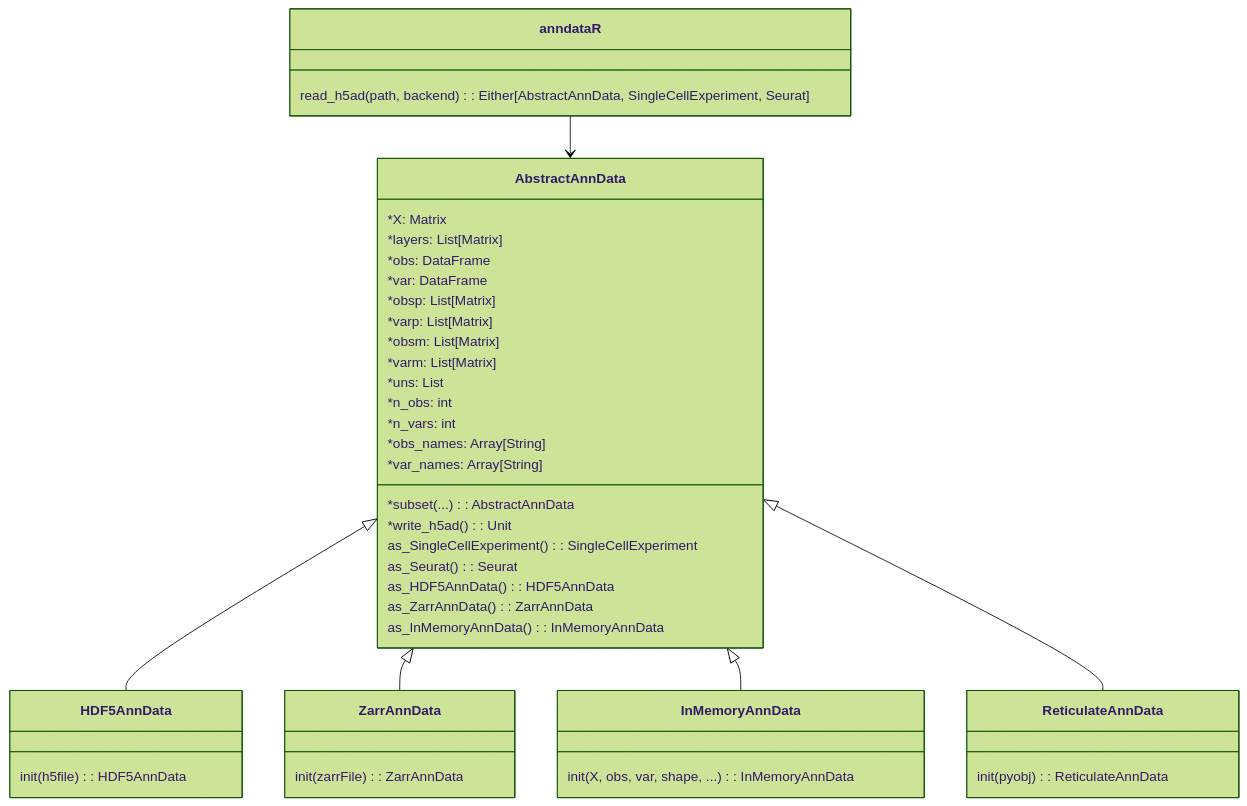
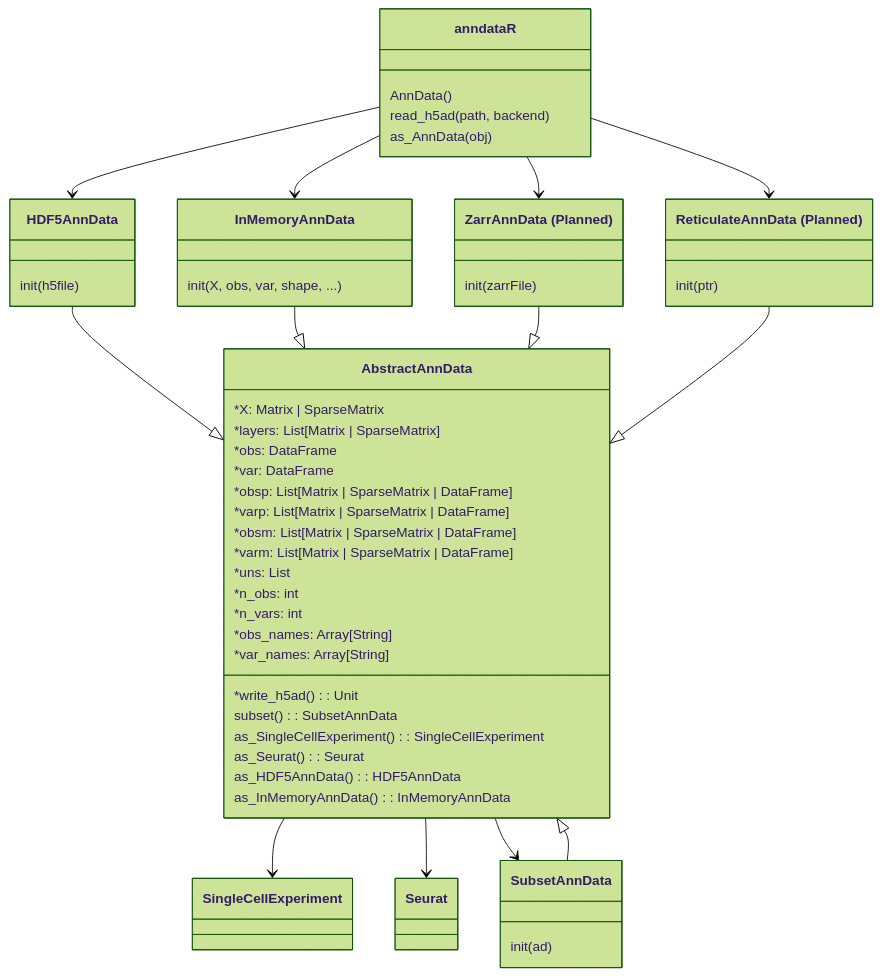
The diagram in vignettes/diagrams/class_diagram.mmd (scverse/anndataR), drawn with Mermaid (forest theme) before and after one commit. The commit also changed 4 other files, not shown here.

First line of the commit message:
Update and rerender the chart (#280)

```diff
--- a/vignettes/diagrams/class_diagram.mmd
+++ b/vignettes/diagrams/class_diagram.mmd
@@ -1,51 +1,68 @@
 
 classDiagram
+
+  class anndataR {
+    AnnData()
+    read_h5ad(path, backend)
+    as_AnnData(obj)
+  }
+
+  class InMemoryAnnData {
+    init(X, obs, var, shape, ...)
+  }
+
+  class HDF5AnnData {
+    init(h5file)
+  }
+
+  class ZarrAnnData["ZarrAnnData (Planned)"] {
+    init(zarrFile)
+  }
+  class ReticulateAnnData["ReticulateAnnData (Planned)"] {
+    init(ptr)
+  }
+
+  anndataR --> InMemoryAnnData
+  anndataR --> HDF5AnnData
+  anndataR --> ZarrAnnData
+  anndataR --> ReticulateAnnData
+
+  HDF5AnnData --|> AbstractAnnData
+  InMemoryAnnData --|> AbstractAnnData
+  ZarrAnnData --|> AbstractAnnData
+  ReticulateAnnData --|> AbstractAnnData
+  SubsetAnnData --|> AbstractAnnData
+
+  
+
   class AbstractAnnData {
-    *X: Matrix
-    *layers: List[Matrix]
+    *X: Matrix | SparseMatrix
+    *layers: List[Matrix | SparseMatrix]
     *obs: DataFrame
     *var: DataFrame
-    *obsp: List[Matrix]
-    *varp: List[Matrix]
-    *obsm: List[Matrix]
-    *varm: List[Matrix]
+    *obsp: List[Matrix | SparseMatrix | DataFrame]
+    *varp: List[Matrix | SparseMatrix | DataFrame]
+    *obsm: List[Matrix | SparseMatrix | DataFrame]
+    *varm: List[Matrix | SparseMatrix | DataFrame]
     *uns: List
     *n_obs: int
     *n_vars: int
     *obs_names: Array[String]
     *var_names: Array[String]
-    *subset(...): AbstractAnnData
     *write_h5ad(): Unit
 
+    subset(): SubsetAnnData
     as_SingleCellExperiment(): SingleCellExperiment
     as_Seurat(): Seurat
 
     as_HDF5AnnData(): HDF5AnnData
-    as_ZarrAnnData(): ZarrAnnData
     as_InMemoryAnnData(): InMemoryAnnData
   }
 
-  AbstractAnnData <|-- HDF5AnnData
-  class HDF5AnnData {
-    init(h5file): HDF5AnnData
+  AbstractAnnData --> SingleCellExperiment
+  AbstractAnnData --> Seurat
+  AbstractAnnData --> SubsetAnnData
+
+  class SubsetAnnData {
+    init(ad)
   }
-
-  AbstractAnnData <|-- ZarrAnnData
-  class ZarrAnnData {
-    init(zarrFile): ZarrAnnData
-  }
-
-  AbstractAnnData <|-- InMemoryAnnData
-  class InMemoryAnnData {
-    init(X, obs, var, shape, ...): InMemoryAnnData
-  }
-
-  AbstractAnnData <|-- ReticulateAnnData
-  class ReticulateAnnData {
-    init(pyobj): ReticulateAnnData
-  }
-
-  class anndataR {
-    read_h5ad(path, backend): Either[AbstractAnnData, SingleCellExperiment, Seurat]
-  }
-  anndataR --> AbstractAnnData
```
